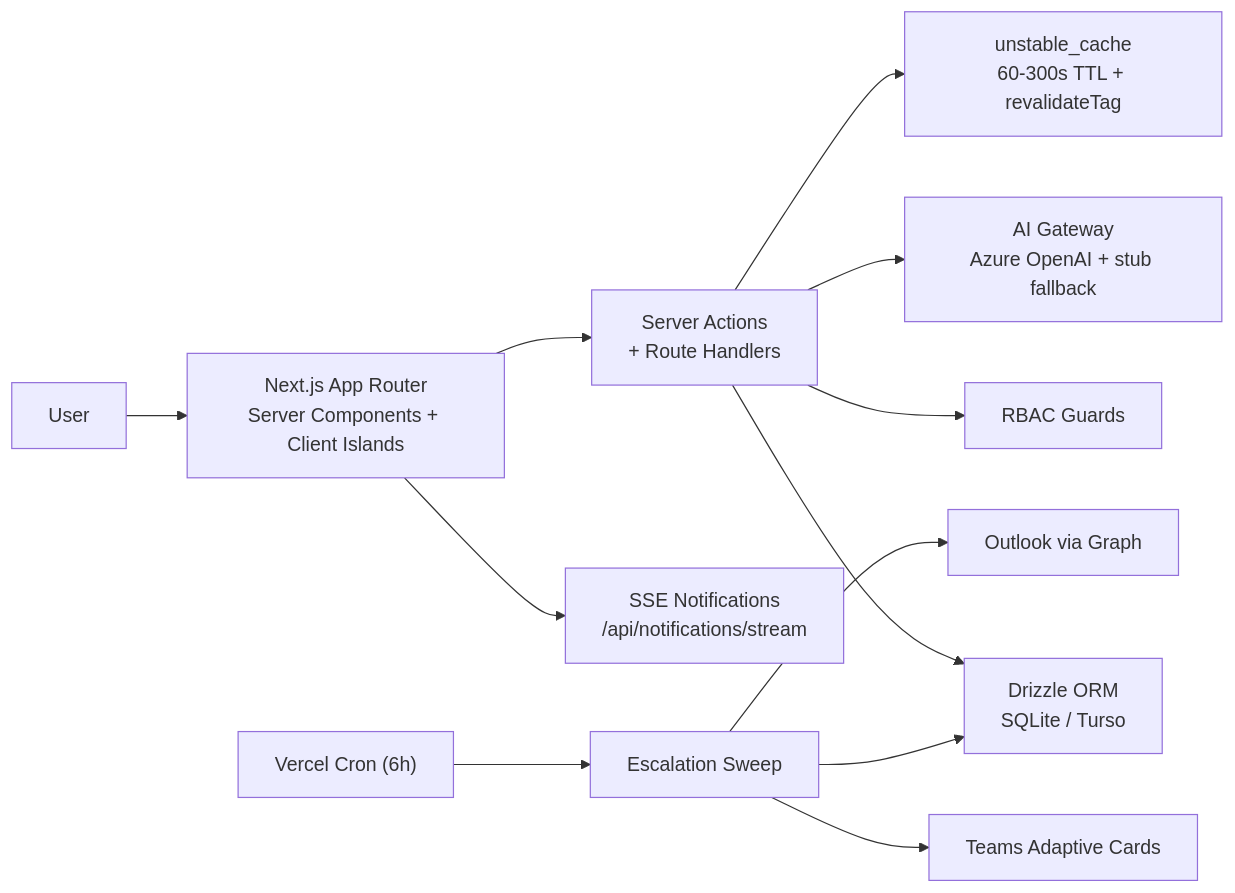
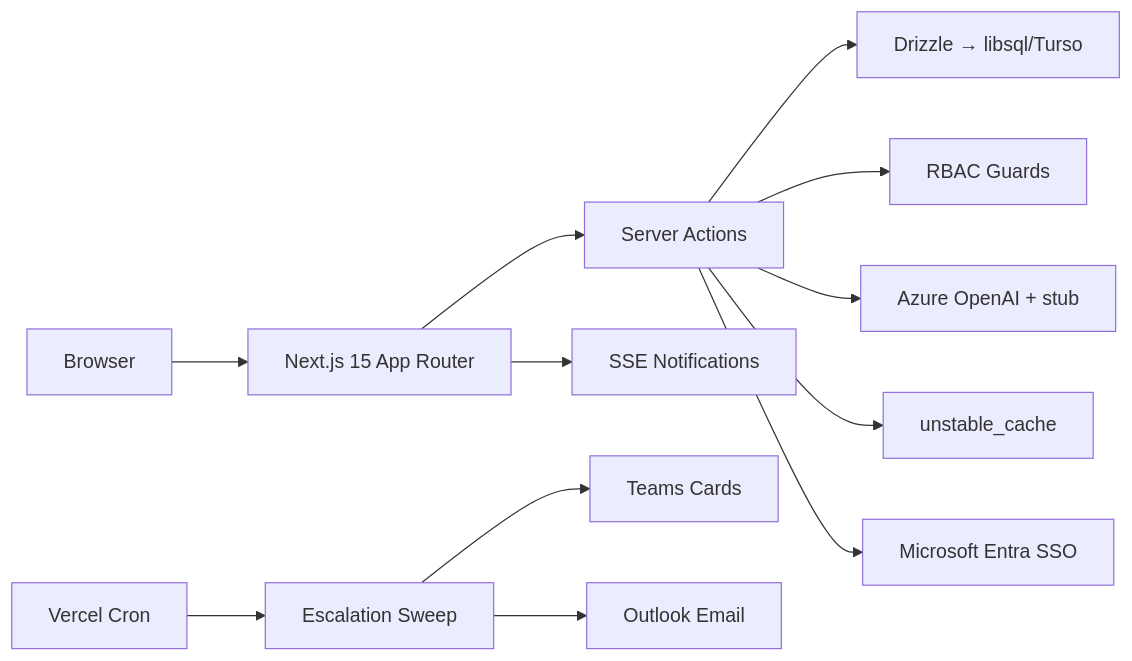
Before and after one commit to Adit-Jain-srm/AtomicPulse: the diagram in README.md, drawn with Mermaid. The commit also changed other lines of this file and 6 other files, not shown here.

````diff
--- a/README.md
+++ b/README.md
@@ -146,14 +132,14 @@
 ```mermaid
 flowchart LR
-  User --> UI["Next.js App Router<br/>Server Components + Client Islands"]
-  UI --> SA["Server Actions<br/>+ Route Handlers"]
-  SA --> DB["Drizzle ORM<br/>SQLite / Turso"]
+  User["Browser"] --> Next["Next.js 15 App Router"]
+  Next --> SA["Server Actions"]
+  SA --> DB["Drizzle → libsql/Turso"]
   SA --> RBAC["RBAC Guards"]
-  SA --> AI["AI Gateway<br/>Azure OpenAI + stub fallback"]
-  SA --> Cache["unstable_cache<br/>60-300s TTL + revalidateTag"]
-  UI --> SSE["SSE Notifications<br/>/api/notifications/stream"]
-  Cron["Vercel Cron (6h)"] --> Escalations["Escalation Sweep"]
-  Escalations --> DB
-  Escalations --> Teams["Teams Adaptive Cards"]
-  Escalations --> Outlook["Outlook via Graph"]
+  SA --> AI["Azure OpenAI + stub"]
+  SA --> Cache["unstable_cache"]
+  Next --> SSE["SSE Notifications"]
+  Cron["Vercel Cron"] --> Esc["Escalation Sweep"]
+  Esc --> Teams["Teams Cards"]
+  Esc --> Mail["Outlook Email"]
+  SA --> Entra["Microsoft Entra SSO"]
 ```
````
